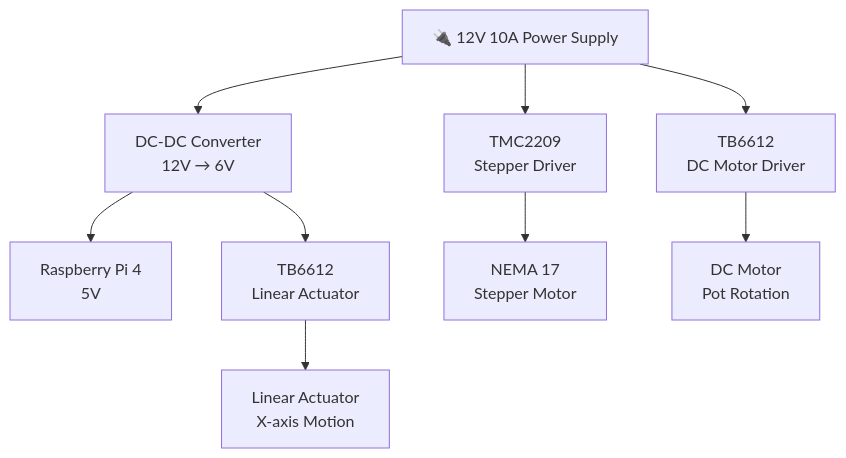
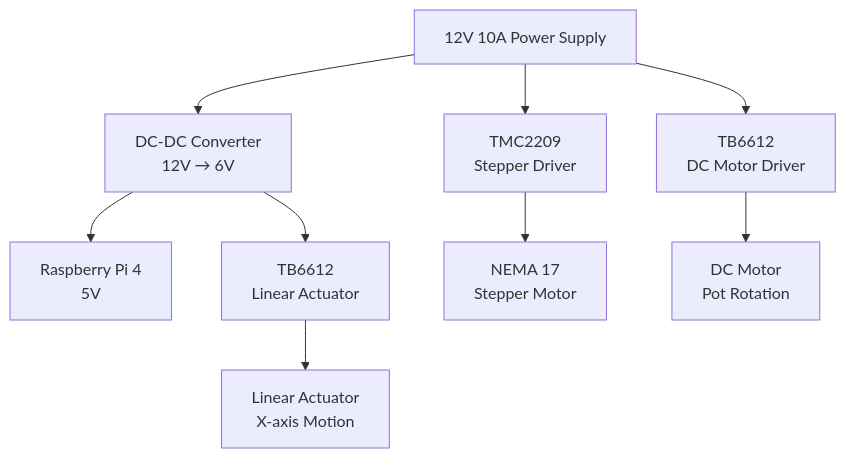
Before and after one commit to leesg0107/leesg0107.github.io: the second of 4 diagrams in _posts/project/2025-11-19-herbot.md, drawn with Mermaid. The commit also changed other lines of this file and 77 other files, not shown here.

```diff
--- a/_posts/project/2025-11-19-herbot.md
+++ b/_posts/project/2025-11-19-herbot.md
@@ -110,15 +109,15 @@
 <div class="mermaid">
 flowchart TB
-    PWR["🔌 12V 10A Power Supply"]
+    PWR["12V 10A Power Supply"]
 
     PWR --> TMC["TMC2209<br/>Stepper Driver"]
     PWR --> DCDC["DC-DC Converter<br/>12V → 6V"]
     PWR --> TB1["TB6612<br/>DC Motor Driver"]
 
     DCDC --> RPI["Raspberry Pi 4<br/>5V"]
     DCDC --> TB2["TB6612<br/>Linear Actuator"]
 
     TMC --> M1["NEMA 17<br/>Stepper Motor"]
     TB1 --> M2["DC Motor<br/>Pot Rotation"]
     TB2 --> M3["Linear Actuator<br/>X-axis Motion"]
 </div>
```
